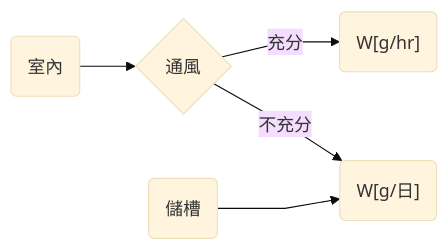
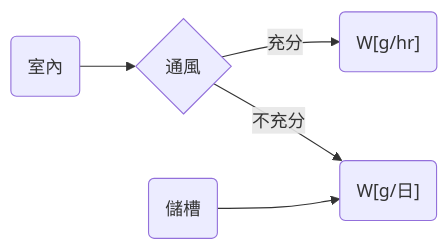
The diagram in docs/化學品.md (YuCH-Hank/OSH), drawn with Mermaid before and after one commit. The commit also changed other lines of this file and 13 other files, not shown here.

````diff
--- a/docs/化學品.md
+++ b/docs/化學品.md
@@ -204,8 +131,8 @@
 ```mermaid
-%%{init: {'theme':'base','flowchart':{'htmlLabels':true,'curve':'linear'},'fontFamily':'Noto Sans TC, Microsoft JhengHei, sans-serif'}}%%
 flowchart LR
     A("室內") --> B{"通風"}
-    B -- 充分 --> C("W[g/hr]")
-    B -- 不充分 --> D("W[g/日]")
+    B -->|充分| C("W[g/hr]")
+    B -->|不充分| D("W[g/日]")
     E("儲槽") --> D
+
 ```
````
